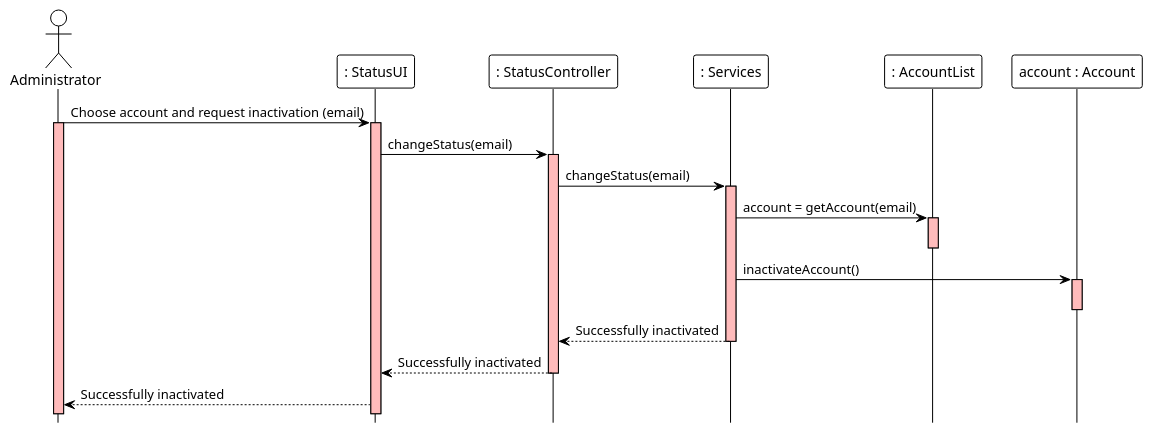
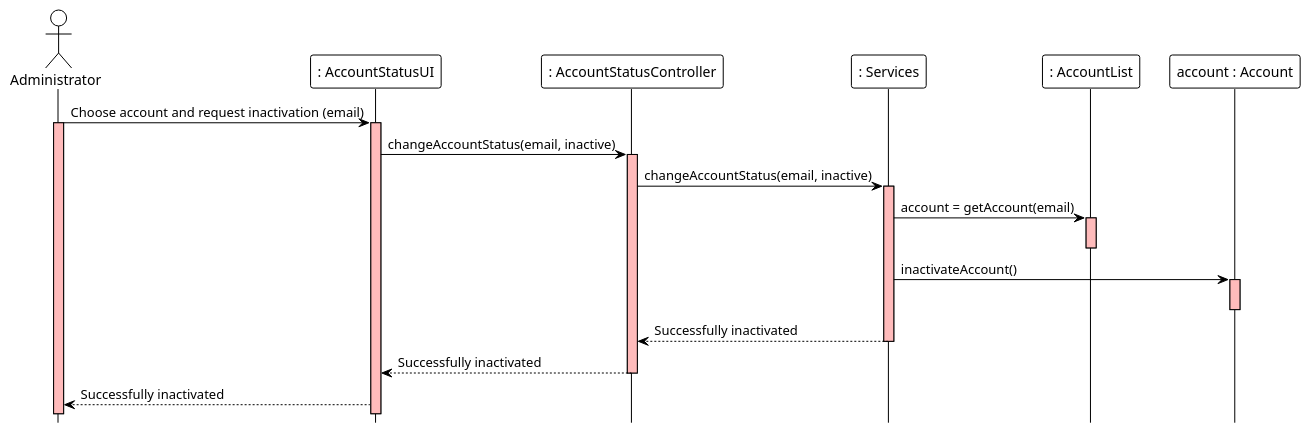
The diagram in docs/modelling_design/user_stories/us005/US005_InactivateUserAccountSD.puml (ivo-menezes/project_g3), drawn with PlantUML before and after one commit. The commit also changed 1 other file, not shown here.

```diff
--- a/docs/modelling_design/user_stories/us005/US005_InactivateUserAccountSD.puml
+++ b/docs/modelling_design/user_stories/us005/US005_InactivateUserAccountSD.puml
@@ -1,32 +1,32 @@
 @startuml
 !theme plain
 hide footbox
 
 actor Administrator  as Administrator #white
-participant ": StatusUI" as UI #white
-participant ": StatusController" as Controller #white
+participant ": AccountStatusUI" as UI #white
+participant ": AccountStatusController" as Controller #white
 participant ": Services" as Services #white
 participant ": AccountList" as AccountList #white
 participant "account : Account" as Account #white
 
 'Administrator ->  Controller : 1.Choose account and request inactivation
 Administrator ->  UI : Choose account and request inactivation (email)
 activate UI #FFBBBB
 'activate Controller #FFBBBB
 activate Administrator #FFBBBB
-UI -> Controller: changeStatus(email)
+UI -> Controller: changeAccountStatus(email, inactive)
 activate Controller #FFBBBB
-Controller -> Services: changeStatus(email)
+Controller -> Services: changeAccountStatus(email, inactive)
 activate Services #FFBBBB
 Services -> AccountList: account = getAccount(email)
 activate AccountList #FFBBBB
 deactivate AccountList
 Services -> Account: inactivateAccount()
 activate Account #FFBBBB
 deactivate Account
 Services --> Controller : Successfully inactivated
 deactivate Services
 Controller --> UI : Successfully inactivated
 deactivate Controller
 UI --> Administrator: Successfully inactivated
 @enduml
```
